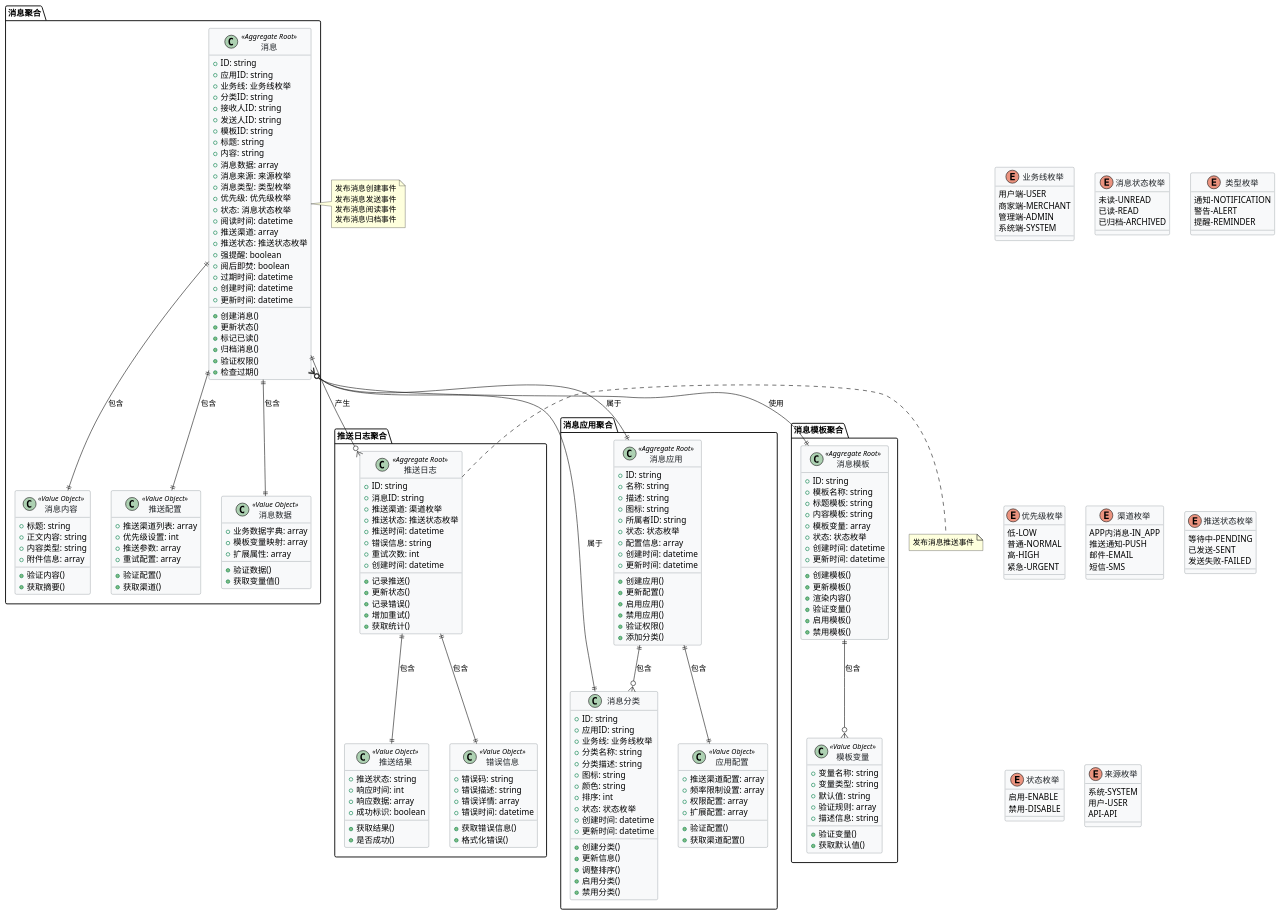
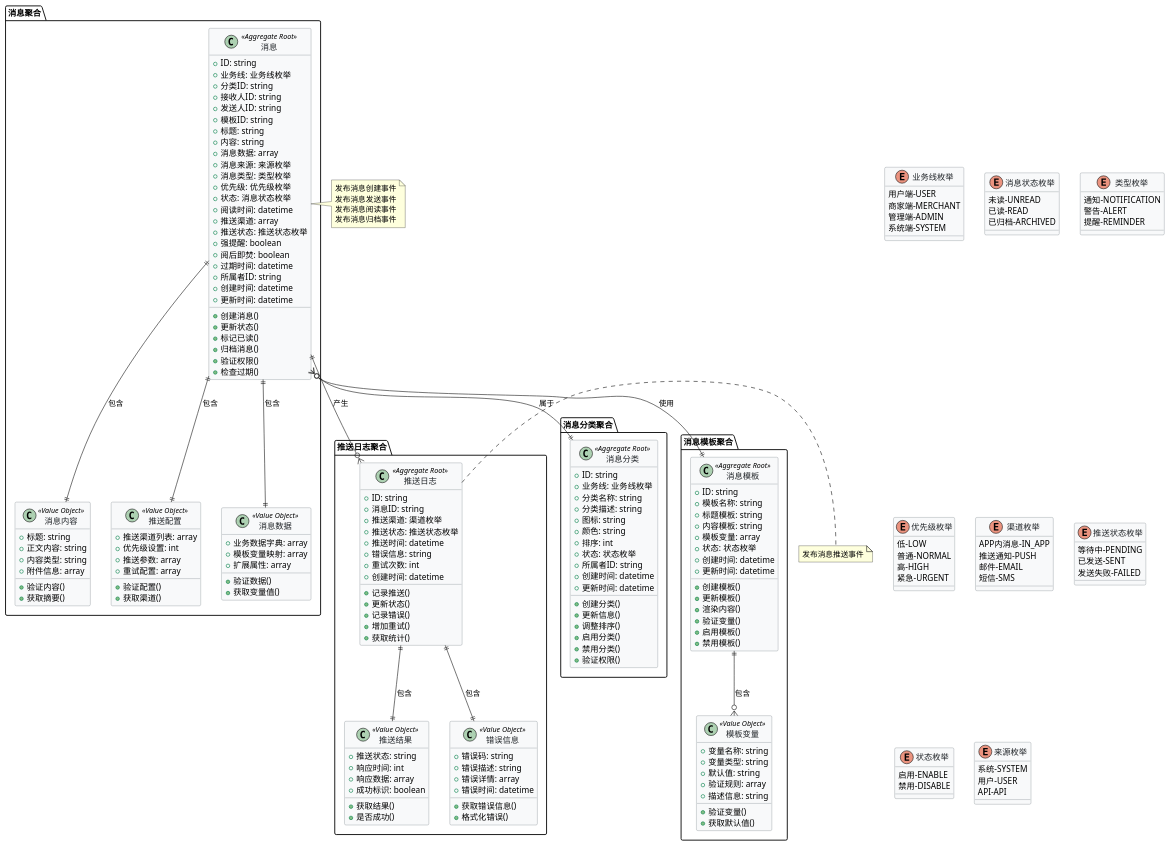
The diagram in docs/message/model.puml (red-jasmine/framework), drawn with PlantUML before and after one commit. The commit also changed 108 other files, not shown here.

```diff
--- a/docs/message/model.puml
+++ b/docs/message/model.puml
@@ -11,7 +11,6 @@
 package "消息聚合" {
     class 消息 << Aggregate Root >> {
         +ID: string
-        +应用ID: string
         +业务线: 业务线枚举
         +分类ID: string
         +接收人ID: string
@@ -30,6 +29,7 @@
         +强提醒: boolean
         +阅后即焚: boolean
         +过期时间: datetime
+        +所属者ID: string
         +创建时间: datetime
         +更新时间: datetime
         
@@ -68,30 +68,10 @@
     }
 }
 
-' 消息应用聚合
-package "消息应用聚合" {
-    class 消息应用 << Aggregate Root >> {
+' 消息分类聚合
+package "消息分类聚合" {
+    class 消息分类 << Aggregate Root >> {
         +ID: string
-        +名称: string
-        +描述: string
-        +图标: string
-        +所属者ID: string
-        +状态: 状态枚举
-        +配置信息: array
-        +创建时间: datetime
-        +更新时间: datetime
-        
-        +创建应用()
-        +更新配置()
-        +启用应用()
-        +禁用应用()
-        +验证权限()
-        +添加分类()
-    }
-    
-    class 消息分类 {
-        +ID: string
-        +应用ID: string
         +业务线: 业务线枚举
         +分类名称: string
         +分类描述: string
@@ -99,6 +79,7 @@
         +颜色: string
         +排序: int
         +状态: 状态枚举
+        +所属者ID: string
         +创建时间: datetime
         +更新时间: datetime
         
@@ -107,15 +88,7 @@
         +调整排序()
         +启用分类()
         +禁用分类()
-    }
-    
-    class 应用配置 << Value Object >> {
-        +推送渠道配置: array
-        +频率限制设置: array
-        +权限配置: array
-        +扩展配置: array
-        +验证配置()
-        +获取渠道配置()
+        +验证权限()
     }
 }
 
@@ -243,13 +216,10 @@
 消息 ||--|| 消息内容 : 包含
 消息 ||--|| 推送配置 : 包含
 消息 ||--|| 消息数据 : 包含
-消息应用 ||--o{ 消息分类 : 包含
-消息应用 ||--|| 应用配置 : 包含
 消息模板 ||--o{ 模板变量 : 包含
 推送日志 ||--|| 推送结果 : 包含
 推送日志 ||--|| 错误信息 : 包含
 
-消息 }o--|| 消息应用 : 属于
 消息 }o--|| 消息分类 : 属于
 消息 }o--|| 消息模板 : 使用
 消息 ||--o{ 推送日志 : 产生
```
